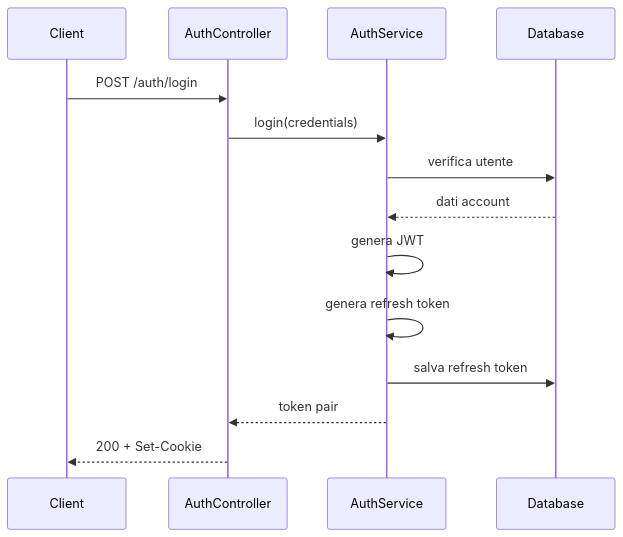
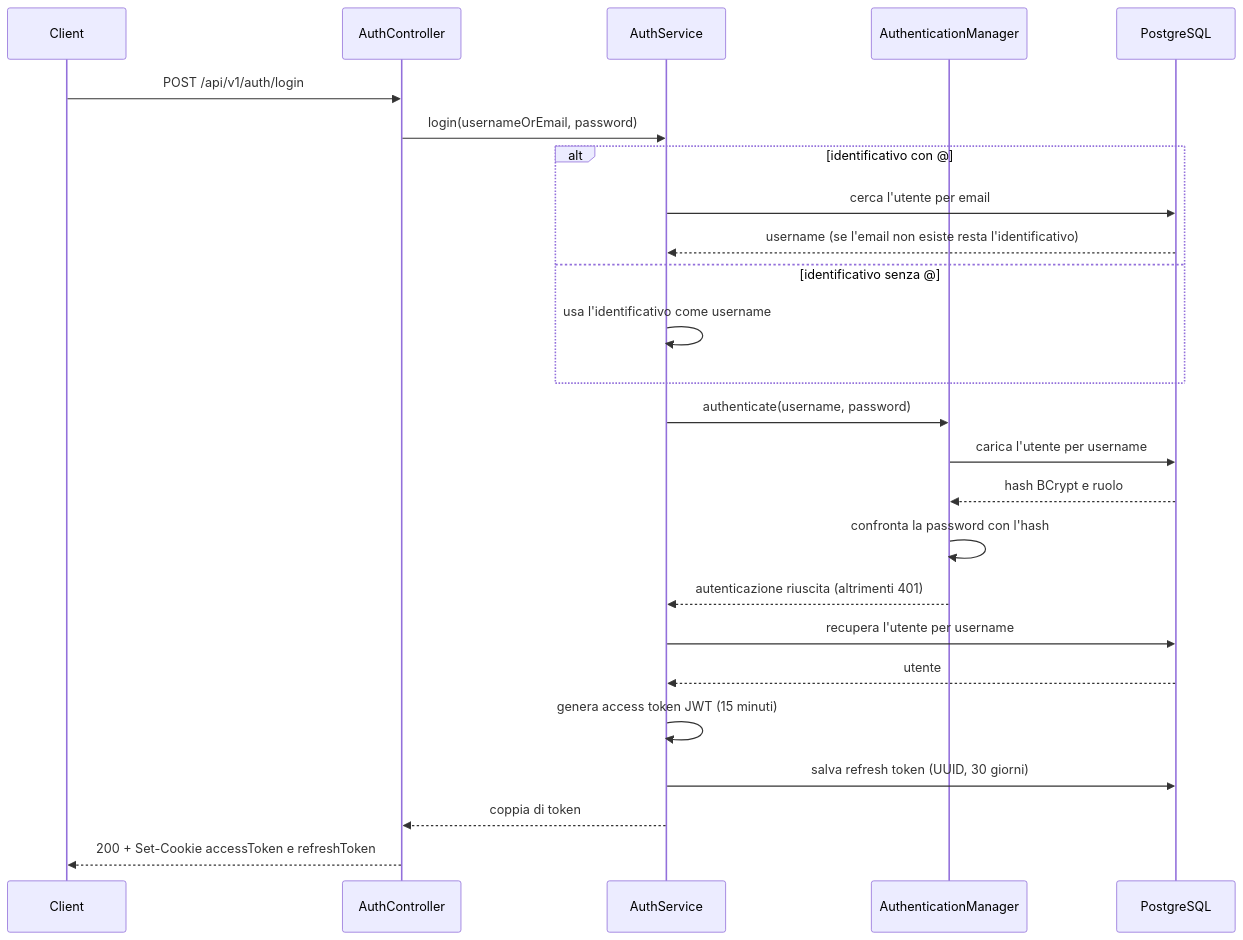
Before and after one commit to giorgiapenn/ArteVia: the third of 4 diagrams in README.md, drawn with Mermaid. The commit also changed other lines of this file, not shown here.

Commit message:
Docs: indice numerato, variabili d'ambiente, keystore, diagrammi e glossario di sicurezza

````diff
--- a/README.md
+++ b/README.md
@@ -468,17 +474,28 @@
 ```mermaid
 sequenceDiagram
     participant U as Client
     participant A as AuthController
     participant S as AuthService
-    participant DB as Database
+    participant AM as AuthenticationManager
+    participant DB as PostgreSQL
 
-    U->>A: POST /auth/login
-    A->>S: login(credentials)
-    S->>DB: verifica utente
-    DB-->>S: dati account
-    S->>S: genera JWT
-    S->>S: genera refresh token
-    S->>DB: salva refresh token
-    S-->>A: token pair
-    A-->>U: 200 + Set-Cookie
+    U->>A: POST /api/v1/auth/login
+    A->>S: login(usernameOrEmail, password)
+    alt identificativo con @
+        S->>DB: cerca l'utente per email
+        DB-->>S: username (se l'email non esiste resta l'identificativo)
+    else identificativo senza @
+        S->>S: usa l'identificativo come username
+    end
+    S->>AM: authenticate(username, password)
+    AM->>DB: carica l'utente per username
+    DB-->>AM: hash BCrypt e ruolo
+    AM->>AM: confronta la password con l'hash
+    AM-->>S: autenticazione riuscita (altrimenti 401)
+    S->>DB: recupera l'utente per username
+    DB-->>S: utente
+    S->>S: genera access token JWT (15 minuti)
+    S->>DB: salva refresh token (UUID, 30 giorni)
+    S-->>A: coppia di token
+    A-->>U: 200 + Set-Cookie accessToken e refreshToken
 ```
````
